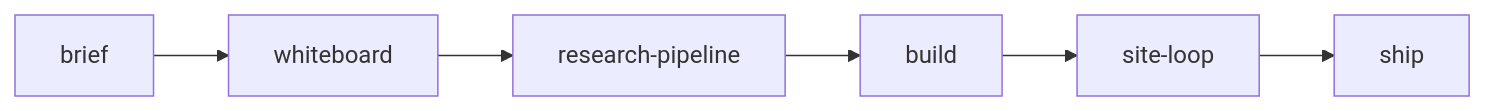
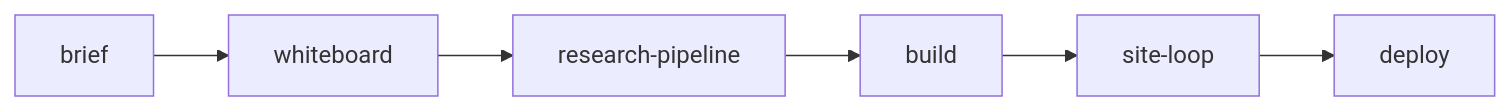
One commit to huzi53/obsidian-ai-workflow changed the second of 2 diagrams in README.md. Above: the diagram before and after it, drawn with Mermaid. The commit also changed other lines of this file and 10 other files, not shown here.

Commit message:
Move skills to site-loop-kit: drop old copies, point README and AGENTS.md there, ship is now deploy

````diff
--- a/README.md
+++ b/README.md
@@ -42,4 +42,4 @@
 ```mermaid
 flowchart LR
-    b[brief] --> w[whiteboard] --> r[research-pipeline] --> x[build] --> s[site-loop] --> p[ship]
+    b[brief] --> w[whiteboard] --> r[research-pipeline] --> x[build] --> s[site-loop] --> p[deploy]
 ```
````
